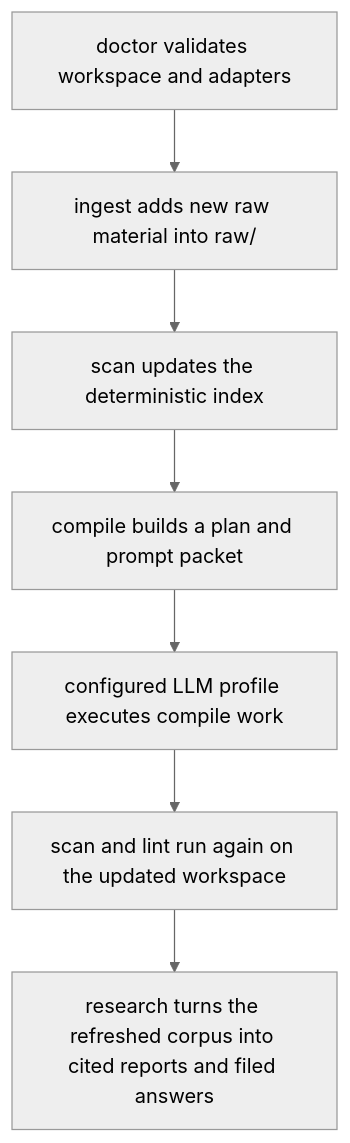
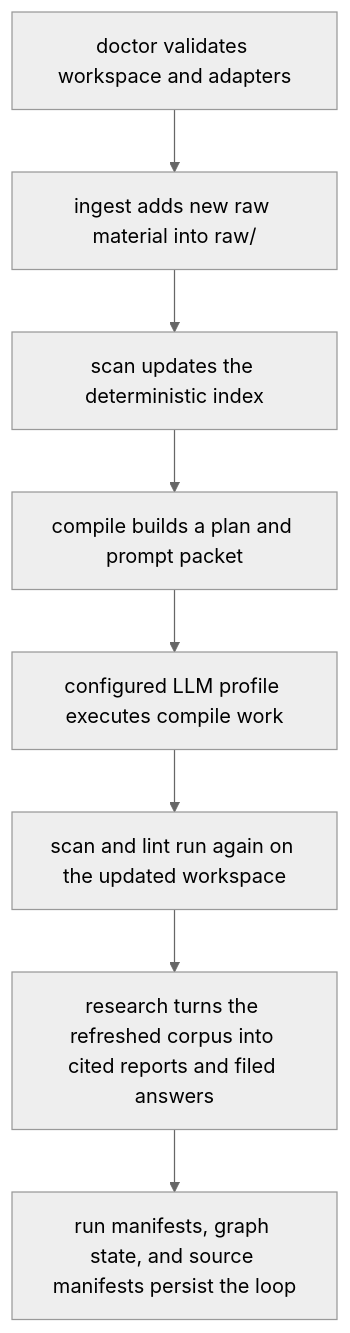
The diagram in docs/operator-workflows.md (shrijacked/Cognisync), drawn with Mermaid (neutral theme) before and after one commit. The commit also changed other lines of this file and 2 other files, not shown here.

Commit message:
docs: describe runtime manifests and research modes

````diff
--- a/docs/operator-workflows.md
+++ b/docs/operator-workflows.md
@@ -16,9 +16,10 @@
 ```mermaid
 flowchart TD
     A["doctor validates workspace and adapters"] --> B["ingest adds new raw material into raw/"]
     B --> C["scan updates the deterministic index"]
     C --> D["compile builds a plan and prompt packet"]
     D --> E["configured LLM profile executes compile work"]
     E --> F["scan and lint run again on the updated workspace"]
     F --> G["research turns the refreshed corpus into cited reports and filed answers"]
+    G --> H["run manifests, graph state, and source manifests persist the loop"]
 ```
````
